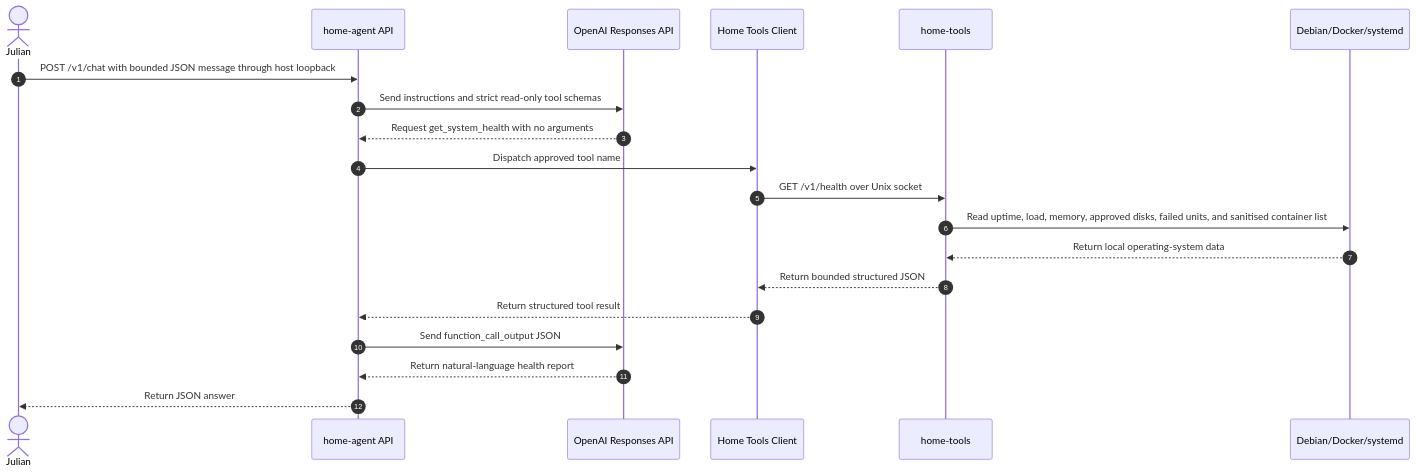
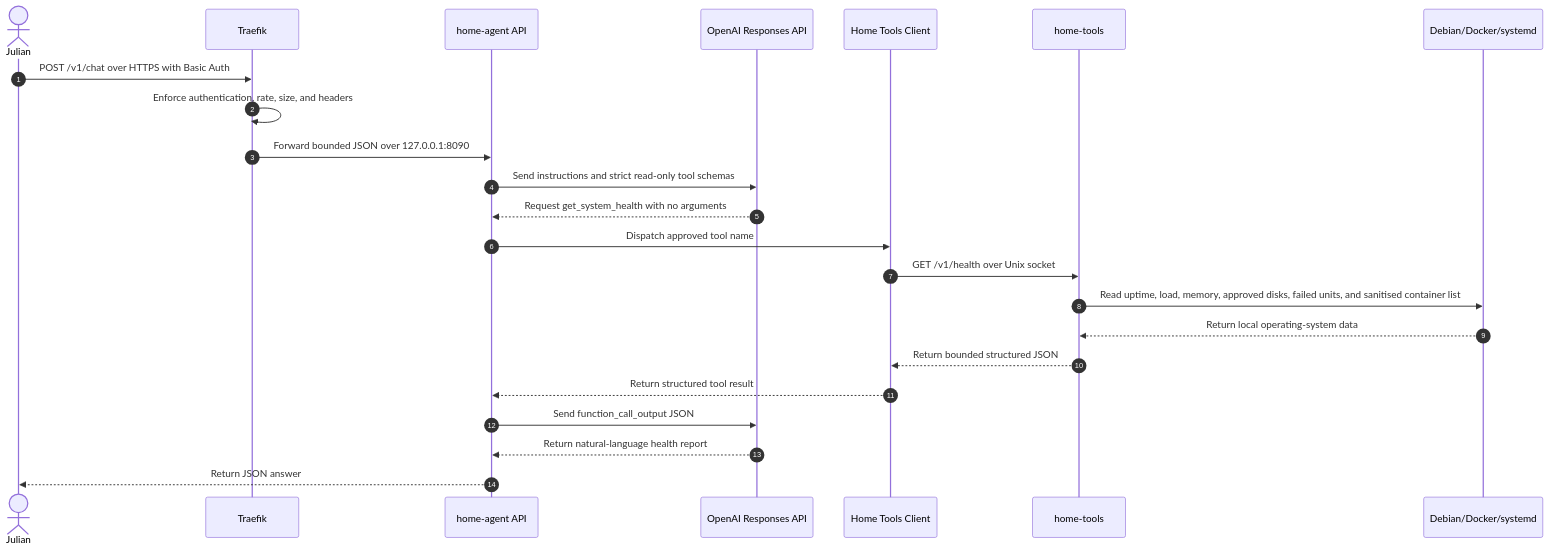
One commit to KandlerLi/home-infra-docs changed the diagram in docs/architecture/current/dynamic-home-agent.md. Above: the diagram before and after it, drawn with Mermaid. The commit also changed other lines of this file and 15 other files, not shown here.

````diff
--- a/docs/architecture/current/dynamic-home-agent.md
+++ b/docs/architecture/current/dynamic-home-agent.md
@@ -7,23 +7,26 @@
 ```mermaid
 sequenceDiagram
     autonumber
     actor Julian
+    participant Proxy as Traefik
     participant API as home-agent API
     participant Model as OpenAI Responses API
     participant Client as Home Tools Client
     participant Tools as home-tools
     participant Host as Debian/Docker/systemd
 
-    Julian->>API: POST /v1/chat with bounded JSON message through host loopback
+    Julian->>Proxy: POST /v1/chat over HTTPS with Basic Auth
+    Proxy->>Proxy: Enforce authentication, rate, size, and headers
+    Proxy->>API: Forward bounded JSON over 127.0.0.1:8090
     API->>Model: Send instructions and strict read-only tool schemas
     Model-->>API: Request get_system_health with no arguments
     API->>Client: Dispatch approved tool name
     Client->>Tools: GET /v1/health over Unix socket
     Tools->>Host: Read uptime, load, memory, approved disks, failed units, and sanitised container list
     Host-->>Tools: Return local operating-system data
     Tools-->>Client: Return bounded structured JSON
     Client-->>API: Return structured tool result
     API->>Model: Send function_call_output JSON
     Model-->>API: Return natural-language health report
     API-->>Julian: Return JSON answer
 ```
````
